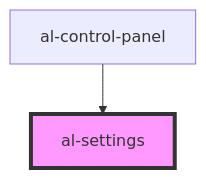
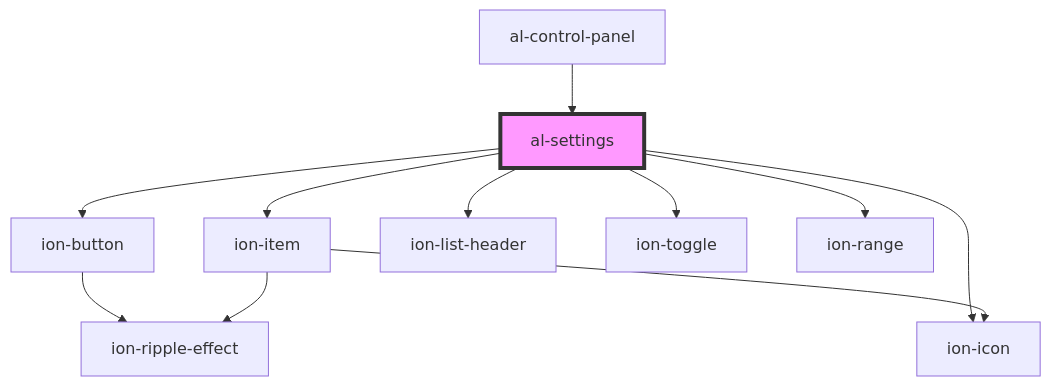
One commit to aleph-viewer/aleph changed the diagram in src/components/al-settings/readme.md. Above: the diagram before and after it, drawn with Mermaid. The commit also changed other lines of this file and 11 other files, not shown here.

````diff
--- a/src/components/al-settings/readme.md
+++ b/src/components/al-settings/readme.md
@@ -72,5 +81,14 @@
 ```mermaid
 graph TD;
+  al-settings --> ion-button
+  al-settings --> ion-icon
+  al-settings --> ion-item
+  al-settings --> ion-list-header
+  al-settings --> ion-toggle
+  al-settings --> ion-range
+  ion-button --> ion-ripple-effect
+  ion-item --> ion-icon
+  ion-item --> ion-ripple-effect
   al-control-panel --> al-settings
   style al-settings fill:#f9f,stroke:#333,stroke-width:4px
 ```
````
